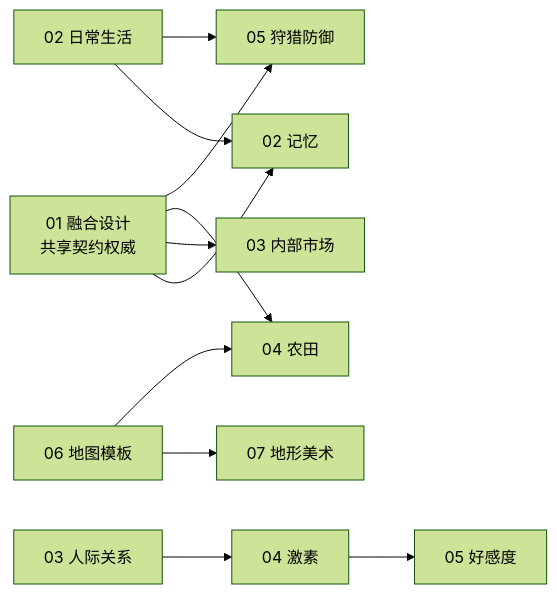
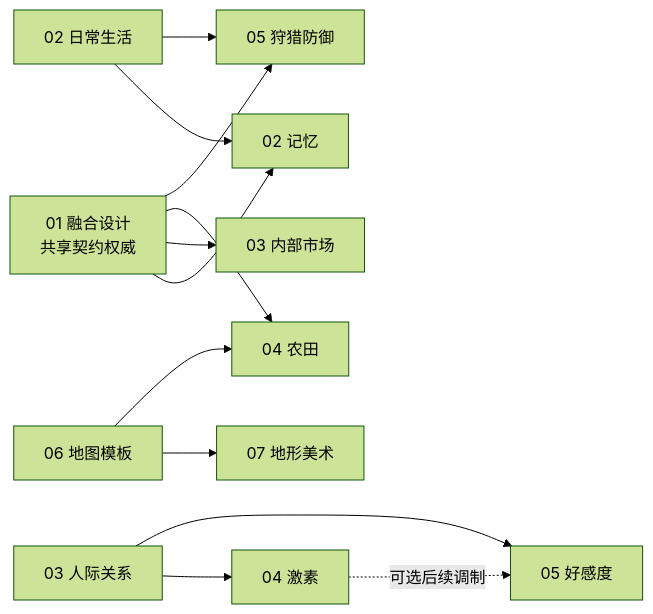
Before and after one commit to g39088902/FlowAndAccord: the diagram in docs/plan/README.md, drawn with Mermaid (forest theme). The commit also changed other lines of this file and 3 other files, not shown here.

````diff
--- a/docs/plan/README.md
+++ b/docs/plan/README.md
@@ -48,13 +48,14 @@
 ```mermaid
 graph LR
     I["01 融合设计<br/>共享契约权威"] --> M["02 记忆"]
     I --> MK["03 内部市场"]
     I --> F["04 农田"]
     I --> H["05 狩猎防御"]
     T["06 地图模板"] --> A["07 地形美术"]
     T --> F
     L["02 日常生活"] --> M
     L --> H
     S["03 人际关系"] --> N["04 激素"]
-    N --> AF["05 好感度"]
+    S --> AF["05 好感度"]
+    N -. 可选后续调制 .-> AF
 ```
````
